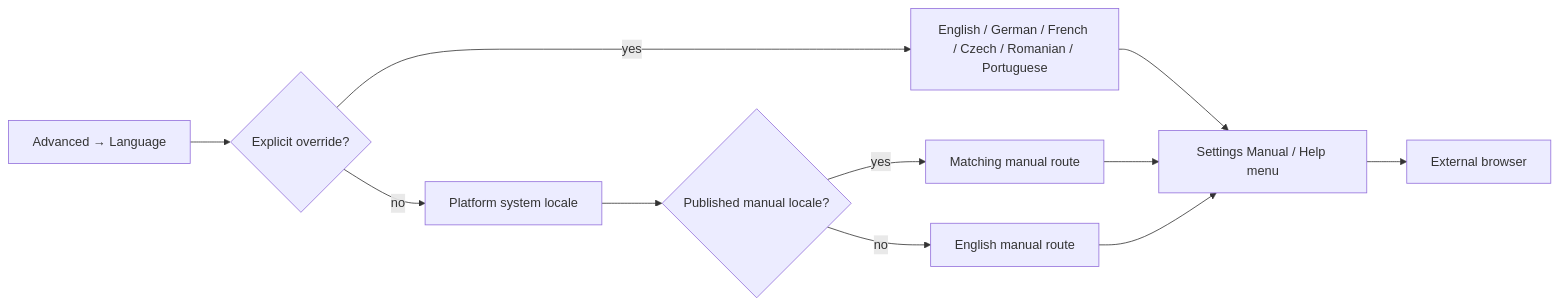
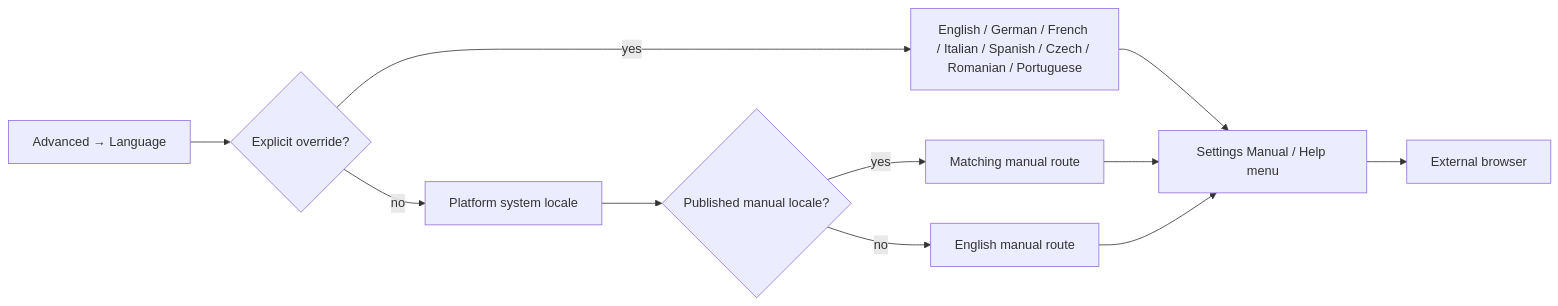
Before and after one commit to matthiasn/lotti: the seventh of 8 diagrams in lib/features/settings/README.md, drawn with Mermaid. The commit also changed other lines of this file and 86 other files, not shown here.

````diff
--- a/lib/features/settings/README.md
+++ b/lib/features/settings/README.md
@@ -591,13 +592,13 @@
 ```mermaid
 flowchart LR
   Choice["Advanced → Language"] --> Preference{"Explicit override?"}
-  Preference -->|yes| Override["English / German / French / Czech / Romanian / Portuguese"]
+  Preference -->|yes| Override["English / German / French / Italian / Spanish / Czech / Romanian / Portuguese"]
   Preference -->|no| System["Platform system locale"]
   System --> Catalog{"Published manual locale?"}
   Catalog -->|yes| Matched["Matching manual route"]
   Catalog -->|no| English["English manual route"]
   Override --> ManualLink["Settings Manual / Help menu"]
   Matched --> ManualLink
   English --> ManualLink
   ManualLink --> Browser["External browser"]
 ```
````
